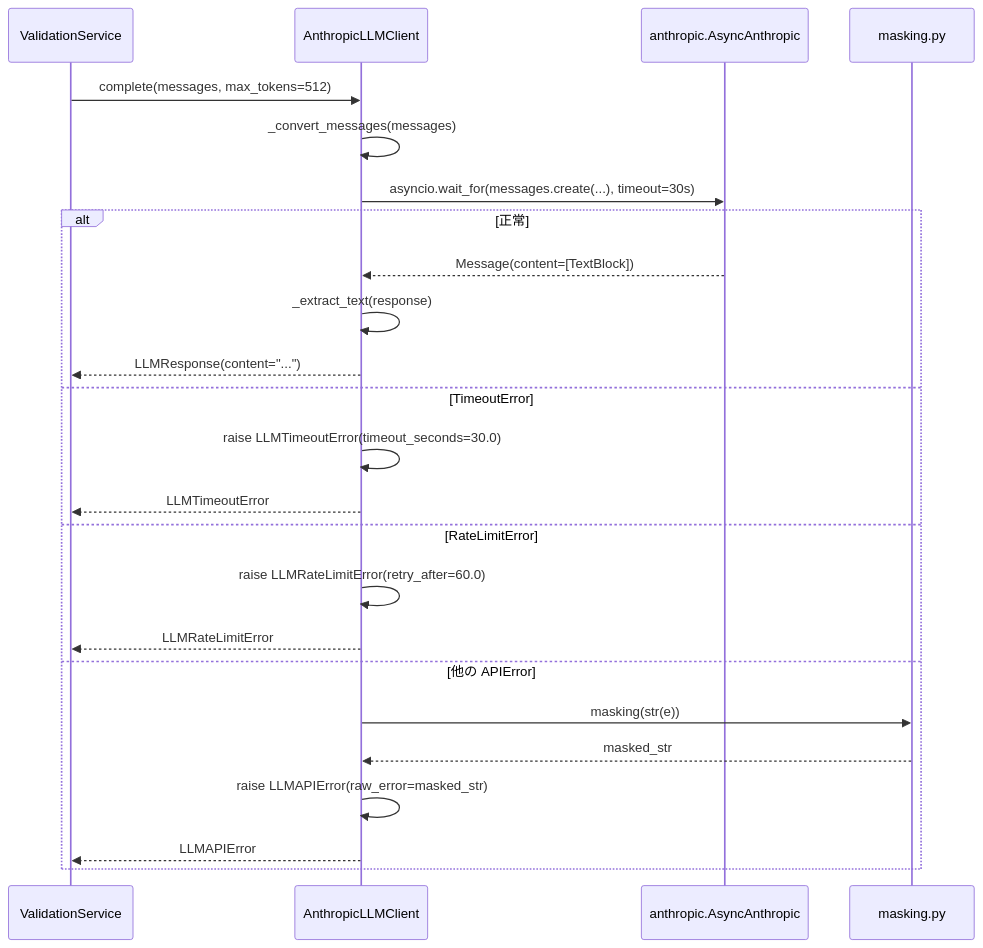
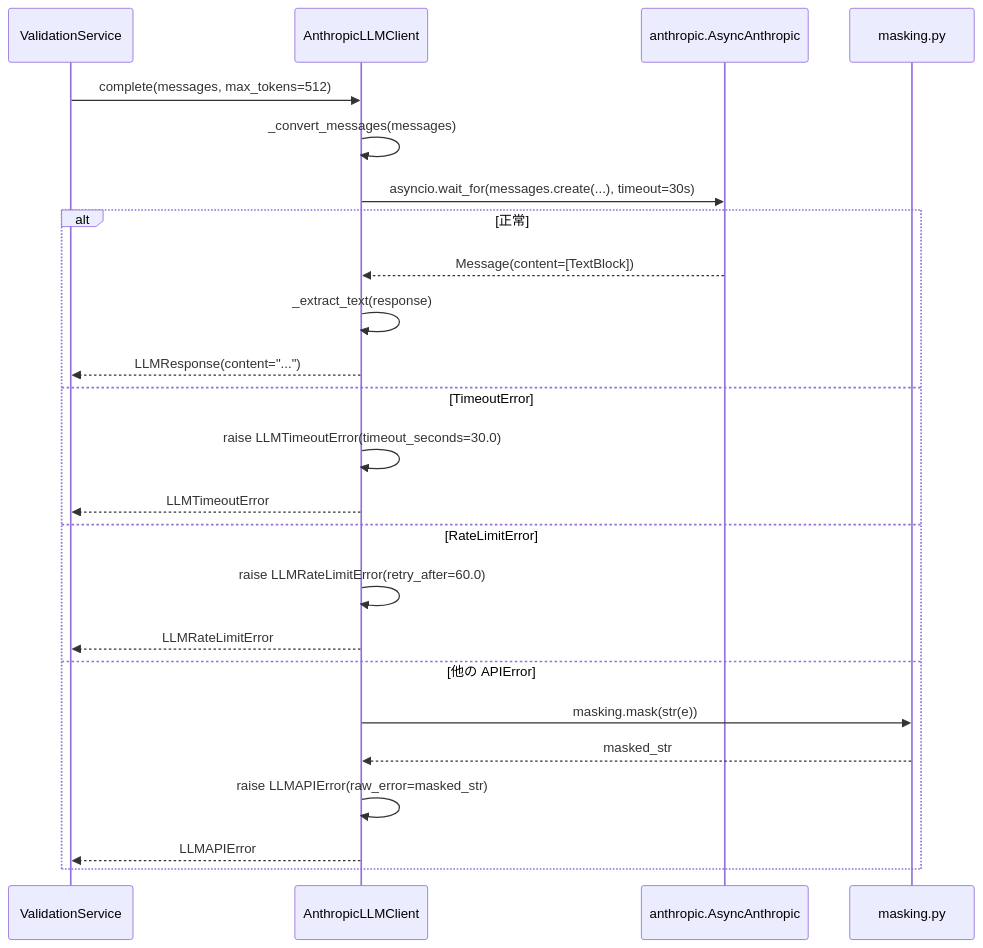
Before and after one commit to bakufu-dev/bakufu: the second of 2 diagrams in docs/features/llm-client/infrastructure/basic-design.md, drawn with Mermaid. The commit also changed other lines of this file and 6 other files, not shown here.

````diff
--- a/docs/features/llm-client/infrastructure/basic-design.md
+++ b/docs/features/llm-client/infrastructure/basic-design.md
@@ -190,27 +193,27 @@
 ```mermaid
 sequenceDiagram
     participant Svc as ValidationService
     participant Client as AnthropicLLMClient
     participant SDK as anthropic.AsyncAnthropic
     participant Masking as masking.py
 
     Svc->>Client: complete(messages, max_tokens=512)
     Client->>Client: _convert_messages(messages)
     Client->>SDK: asyncio.wait_for(messages.create(...), timeout=30s)
     alt 正常
         SDK-->>Client: Message(content=[TextBlock])
         Client->>Client: _extract_text(response)
         Client-->>Svc: LLMResponse(content="...")
     else TimeoutError
         Client->>Client: raise LLMTimeoutError(timeout_seconds=30.0)
         Client-->>Svc: LLMTimeoutError
     else RateLimitError
         Client->>Client: raise LLMRateLimitError(retry_after=60.0)
         Client-->>Svc: LLMRateLimitError
     else 他の APIError
-        Client->>Masking: masking(str(e))
+        Client->>Masking: masking.mask(str(e))
         Masking-->>Client: masked_str
         Client->>Client: raise LLMAPIError(raw_error=masked_str)
         Client-->>Svc: LLMAPIError
     end
 ```
````
